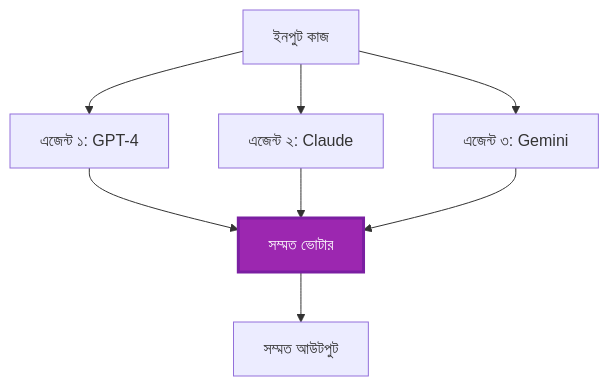
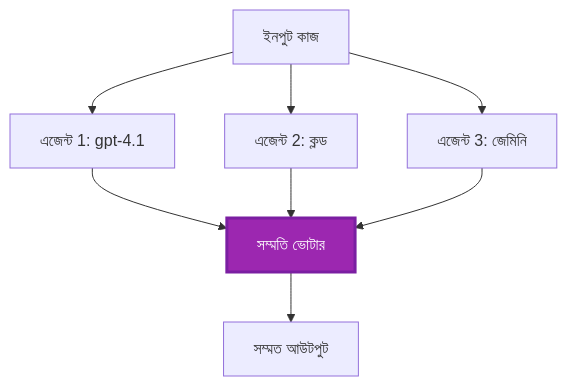
One commit to microsoft/AZD-for-beginners changed the fifth of 6 diagrams in translations/bn/docs/chapter-06-pre-deployment/coordination-patterns.md. Above: the diagram before and after it, drawn with Mermaid. The commit also changed other lines of this file and 101 other files, not shown here.

````diff
--- a/translations/bn/docs/chapter-06-pre-deployment/coordination-patterns.md
+++ b/translations/bn/docs/chapter-06-pre-deployment/coordination-patterns.md
@@ -231,19 +225,19 @@
 ```mermaid
 graph TB
     Input[ইনপুট কাজ]
-    Agent1[এজেন্ট ১: GPT-4]
-    Agent2[এজেন্ট ২: Claude]
-    Agent3[এজেন্ট ৩: Gemini]
-    Voter[সম্মত ভোটার]
+    Agent1[এজেন্ট 1: gpt-4.1]
+    Agent2[এজেন্ট 2: ক্লড]
+    Agent3[এজেন্ট 3: জেমিনি]
+    Voter[সম্মতি ভোটার]
     Output[সম্মত আউটপুট]
     
     Input --> Agent1
     Input --> Agent2
     Input --> Agent3
     Agent1 --> Voter
     Agent2 --> Voter
     Agent3 --> Voter
     Voter --> Output
     
     style Voter fill:#9C27B0,stroke:#7B1FA2,stroke-width:3px,color:#fff
 ```
````
